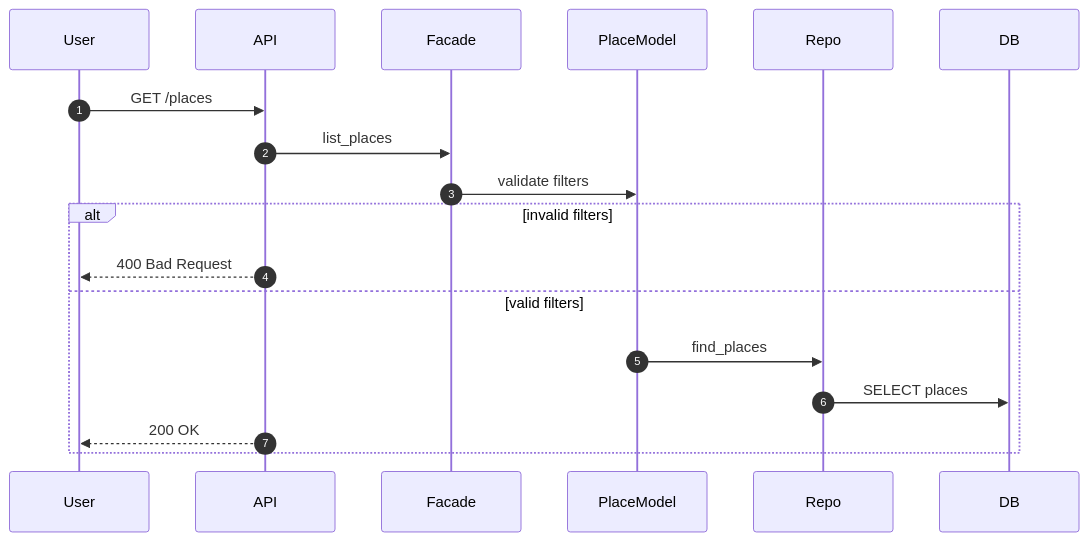
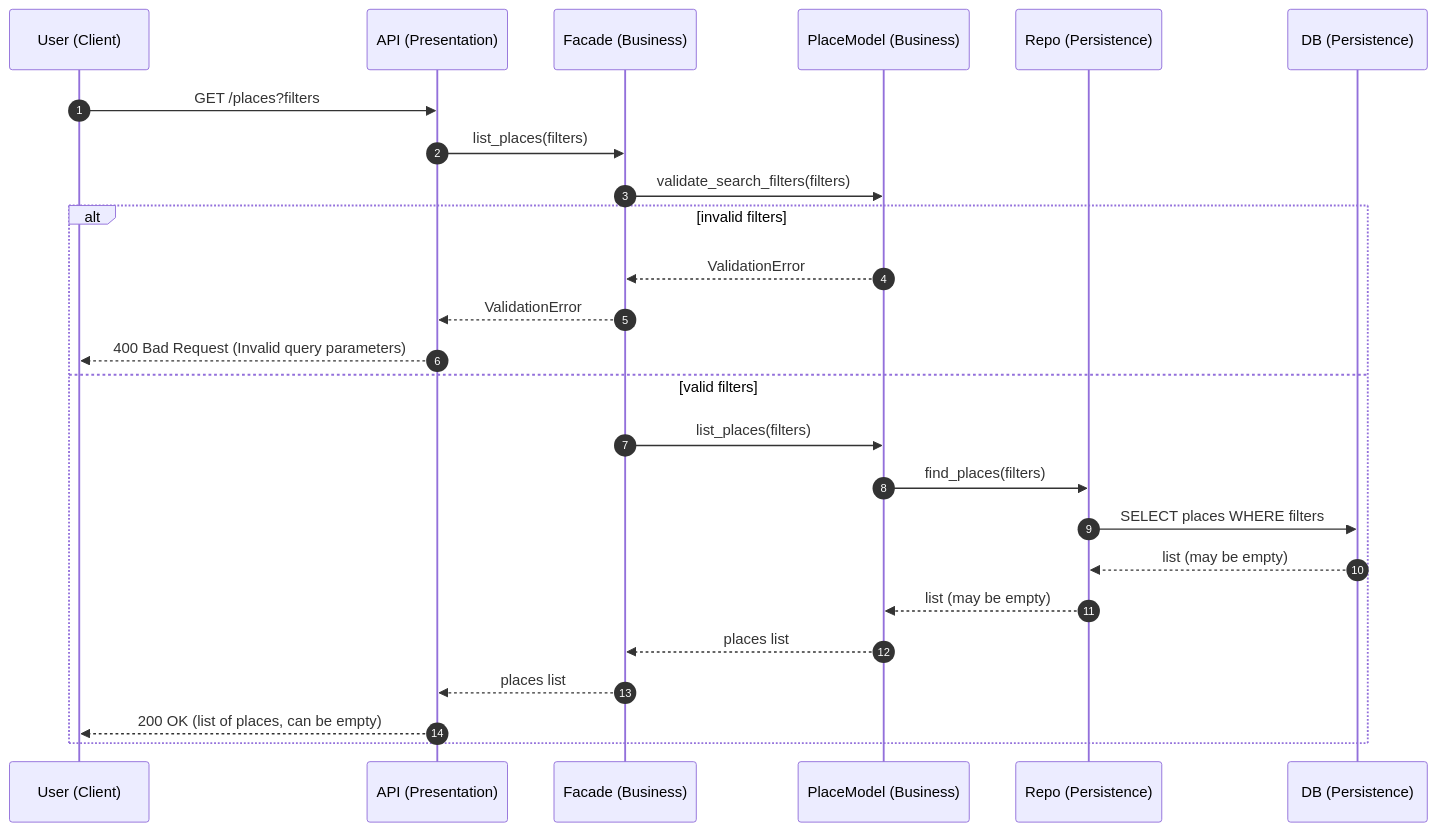
Before and after one commit to Alreix/holbertonschool-hbnb: the sixth of 6 diagrams in part1/TECHNICAL_DOCUMENTATION.md, drawn with Mermaid. The commit also changed other lines of this file, not shown here.

Commit message:
add: the 4 finals diagrams sequences

````diff
--- a/part1/TECHNICAL_DOCUMENTATION.md
+++ b/part1/TECHNICAL_DOCUMENTATION.md
@@ -405,21 +510,29 @@
 ```mermaid
 sequenceDiagram
-autonumber
-participant C as User
-participant API as API
-participant F as Facade
-participant PM as PlaceModel
-participant R as Repo
-participant DB as DB
+    autonumber
+    participant C as User (Client)
+    participant API as API (Presentation)
+    participant F as Facade (Business)
+    participant PM as PlaceModel (Business)
+    participant R as Repo (Persistence)
+    participant DB as DB (Persistence)
 
-C->>API: GET /places
-API->>F: list_places
-F->>PM: validate filters
-alt invalid filters
-    API-->>C: 400 Bad Request
-else valid filters
-    PM->>R: find_places
-    R->>DB: SELECT places
-    API-->>C: 200 OK
-end
+    C->>API: GET /places?filters
+    API->>F: list_places(filters)
+
+    F->>PM: validate_search_filters(filters)
+    alt invalid filters
+        PM-->>F: ValidationError
+        F-->>API: ValidationError
+        API-->>C: 400 Bad Request (Invalid query parameters)
+    else valid filters
+        F->>PM: list_places(filters)
+        PM->>R: find_places(filters)
+        R->>DB: SELECT places WHERE filters
+        DB-->>R: list (may be empty)
+        R-->>PM: list (may be empty)
+        PM-->>F: places list
+        F-->>API: places list
+        API-->>C: 200 OK (list of places, can be empty)
+    end
 ```
````
